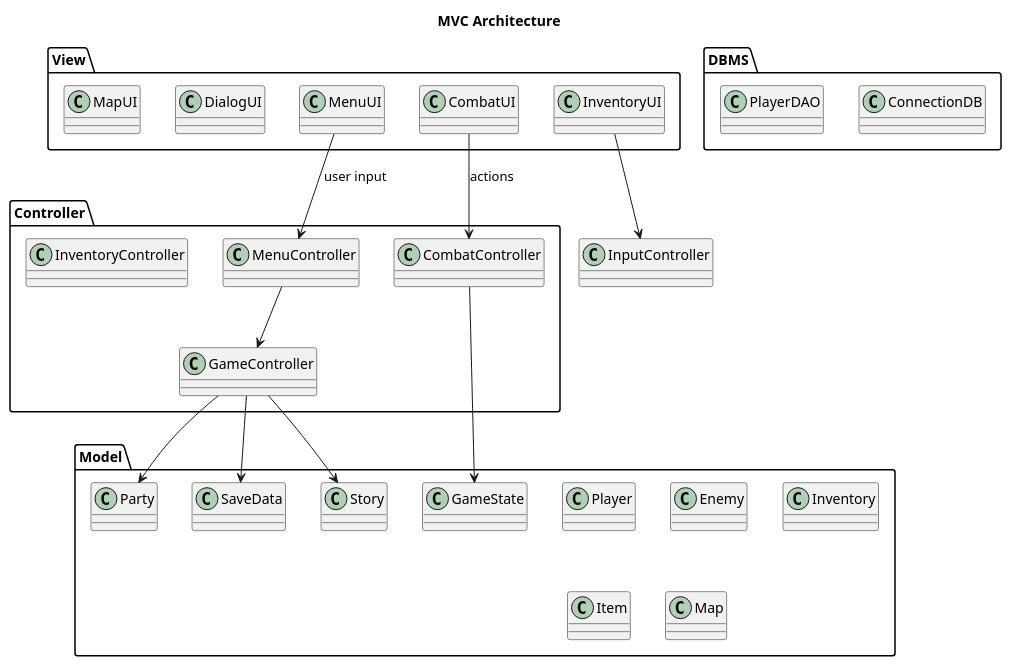
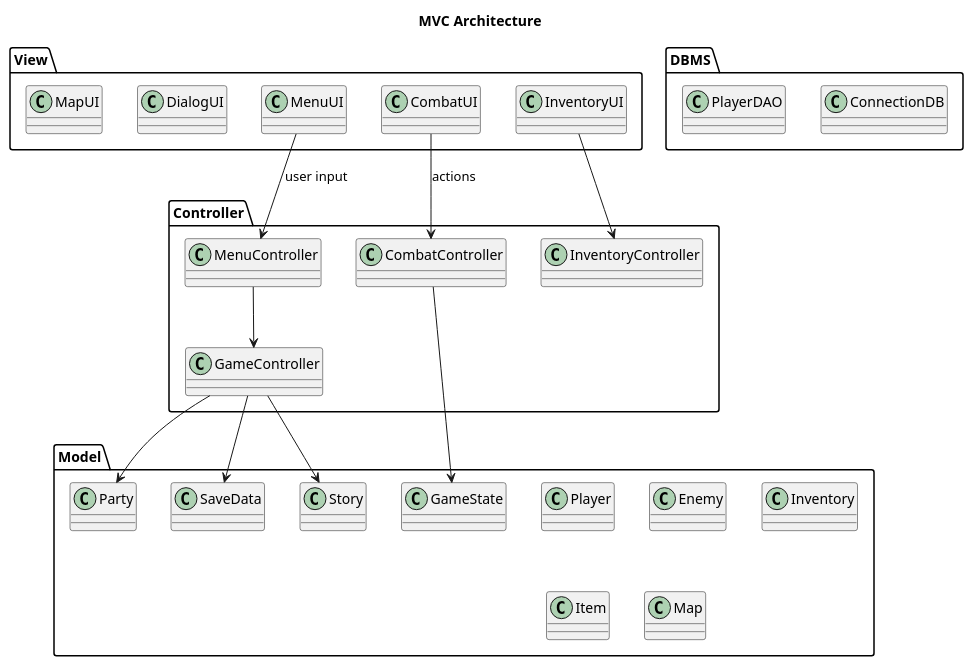
Before and after one commit to samMM-cs/iss-team2: the diagram in mvc.puml, drawn with PlantUML. The commit also changed 1 other file, not shown here.

```diff
--- a/mvc.puml
+++ b/mvc.puml
@@ -1,47 +1,47 @@
 @startuml MVC
 title MVC Architecture
 
 package "DBMS"{
     class ConnectionDB
     class PlayerDAO
 }
 
 package "View" {
   class MenuUI
   class CombatUI
   class InventoryUI
   class DialogUI
   class MapUI
 }
 
 package "Controller" {
   class GameController
   class MenuController
   class CombatController
   class InventoryController
 }
 
 package "Model" {
   class GameState
   class Player
   class Party
   class Enemy
   class Inventory
   class SaveData
   class Story
   class Item
   class Map
 }
 
 
 MenuUI --> MenuController : user input
 CombatUI --> CombatController : actions
-InventoryUI --> InputController
+InventoryUI --> InventoryController
 
 MenuController --> GameController
 CombatController --> GameState
 GameController --> SaveData
 GameController --> Story
 GameController --> Party
 
 @enduml
```
